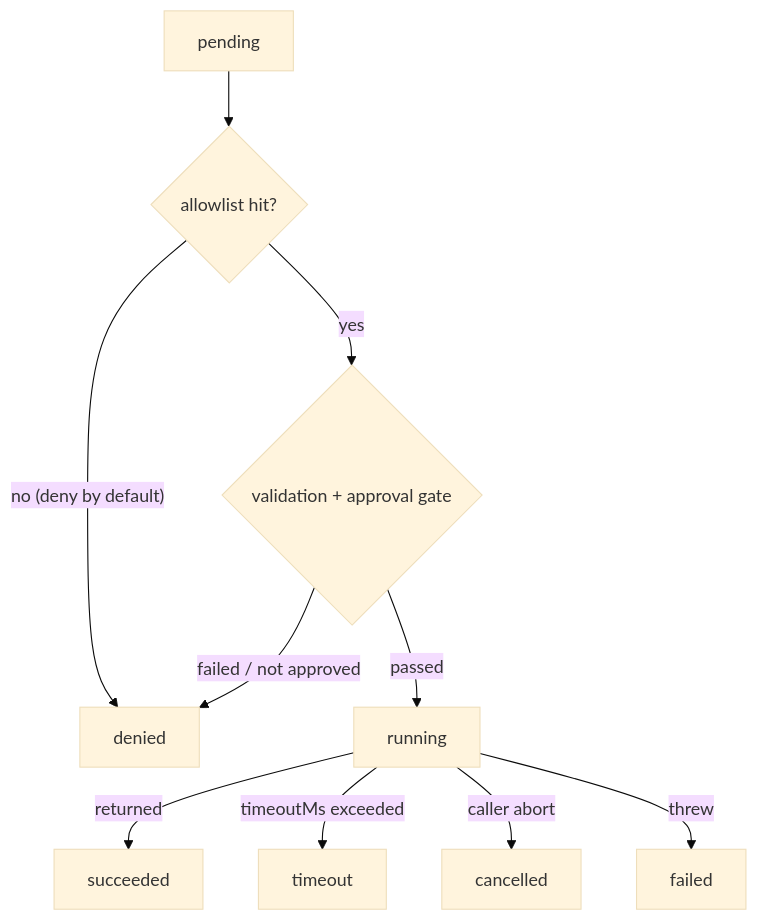
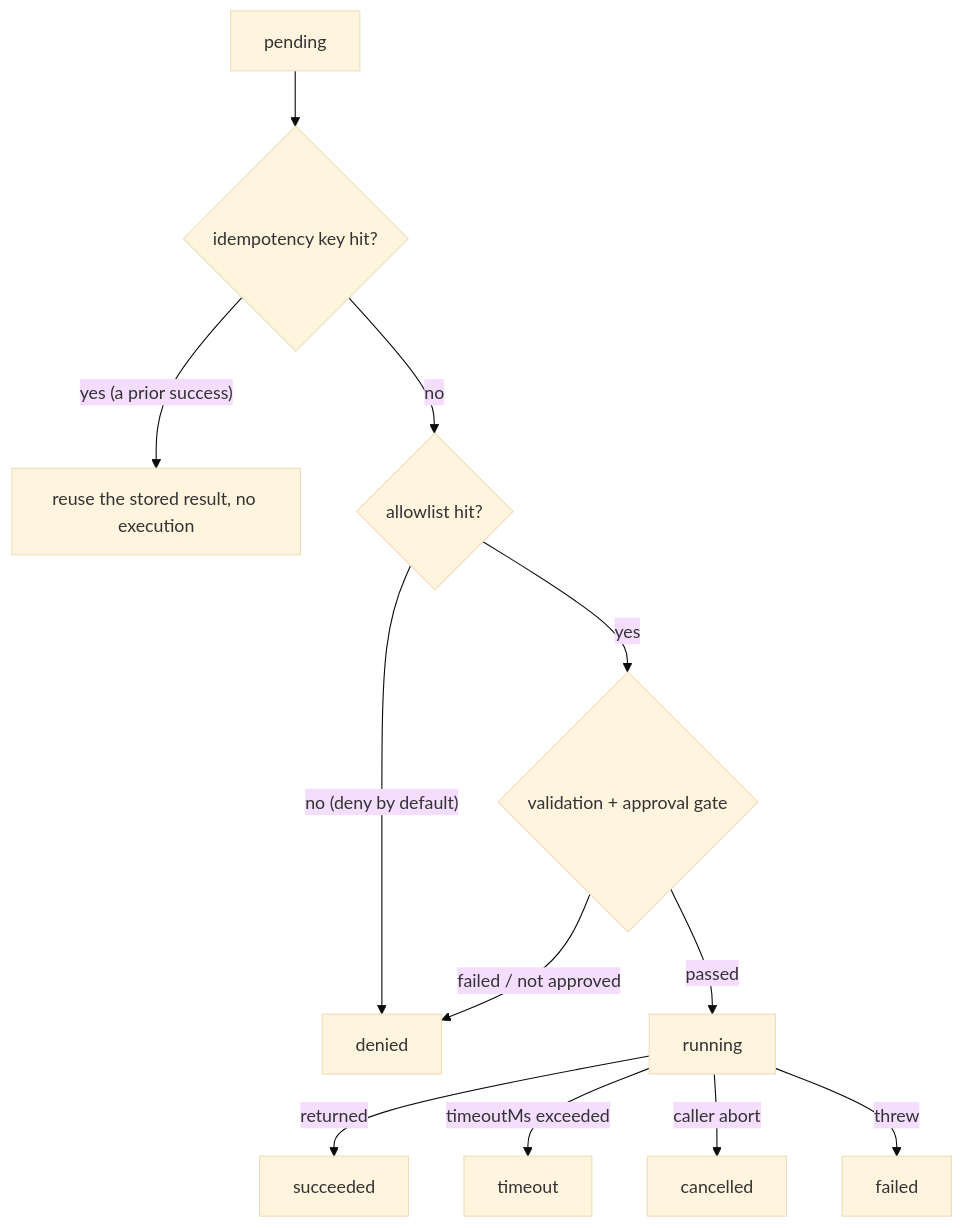
Before and after one commit to zenHeart/learn-ai: the first of 2 diagrams in docs/tech/05-action/tool-execution.md, drawn with Mermaid (base theme). The commit also changed other lines of this file and 67 other files, not shown here.

````diff
--- a/docs/tech/05-action/tool-execution.md
+++ b/docs/tech/05-action/tool-execution.md
@@ -32,12 +32,14 @@
 ```mermaid
 flowchart TD
-    P["pending"] --> G1{"allowlist hit?"}
+    P["pending"] --> G0{"idempotency key hit?"}
+    G0 -->|"yes (a prior success)"| X["reuse the stored result, no execution"]
+    G0 -->|no| G1{"allowlist hit?"}
     G1 -->|"no (deny by default)"| D["denied"]
     G1 -->|yes| G2{"validation + approval gate"}
     G2 -->|"failed / not approved"| D
     G2 -->|passed| R["running"]
     R -->|returned| S["succeeded"]
     R -->|"timeoutMs exceeded"| T["timeout"]
     R -->|caller abort| C["cancelled"]
     R -->|threw| F["failed"]
 ```
````
